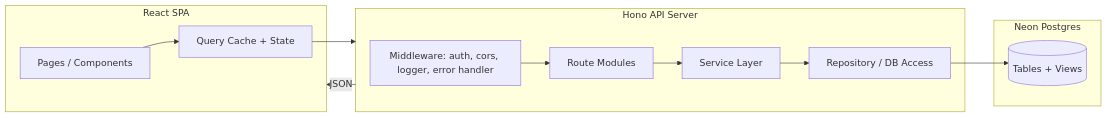
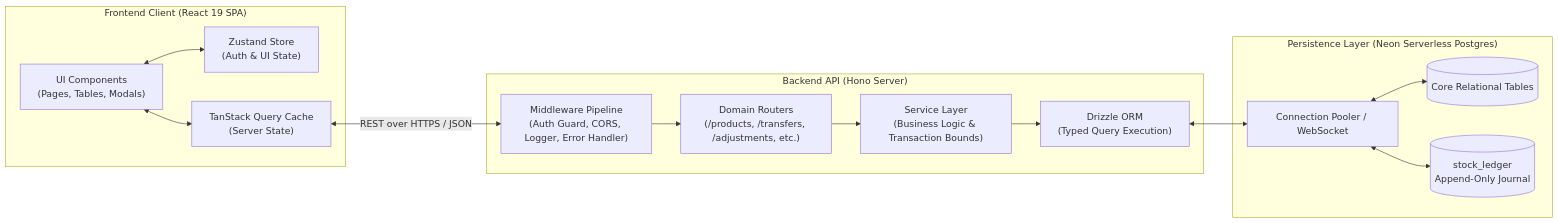
The fourth of 5 diagrams in README.md (Manchina/Stock-Sense), drawn with Mermaid before and after one commit. The commit also changed other lines of this file, not shown here.

Commit message:
docs: update readme with how app works, tech stack, and system architecture

````diff
--- a/README.md
+++ b/README.md
@@ -28,22 +189,29 @@
 ```mermaid
 flowchart LR
-    subgraph Client["React SPA"]
-        UI[Pages / Components]
-        Store[Query Cache + State]
+    subgraph Client ["Frontend Client (React 19 SPA)"]
+        UI["UI Components\n(Pages, Tables, Modals)"]
+        ZStore["Zustand Store\n(Auth & UI State)"]
+        TQ["TanStack Query Cache\n(Server State)"]
+        UI <--> ZStore
+        UI <--> TQ
     end
 
-    subgraph API["Hono API Server"]
-        MW[Middleware: auth, cors, logger, error handler]
-        Routes[Route Modules]
-        Services[Service Layer]
-        Repo[Repository / DB Access]
+    subgraph API ["Backend API (Hono Server)"]
+        MW["Middleware Pipeline\n(Auth Guard, CORS, Logger, Error Handler)"]
+        Router["Domain Routers\n(/products, /transfers, /adjustments, etc.)"]
+        ServiceLayer["Service Layer\n(Business Logic & Transaction Bounds)"]
+        Drizzle["Drizzle ORM\n(Typed Query Execution)"]
+        
+        MW --> Router --> ServiceLayer --> Drizzle
     end
 
-    subgraph DB["Neon Postgres"]
-        Tables[(Tables + Views)]
+    subgraph Database ["Persistence Layer (Neon Serverless Postgres)"]
+        Tables[(Core Relational Tables)]
+        LedgerTable[(stock_ledger\nAppend-Only Journal)]
+        Pooler[Connection Pooler / WebSocket]
+        
+        Drizzle <--> Pooler <--> Tables & LedgerTable
     end
 
-    UI --> Store --> API
-    MW --> Routes --> Services --> Repo --> Tables
-    API -- JSON --> Client
+    TQ <-->|REST over HTTPS / JSON| MW
 ```
````
